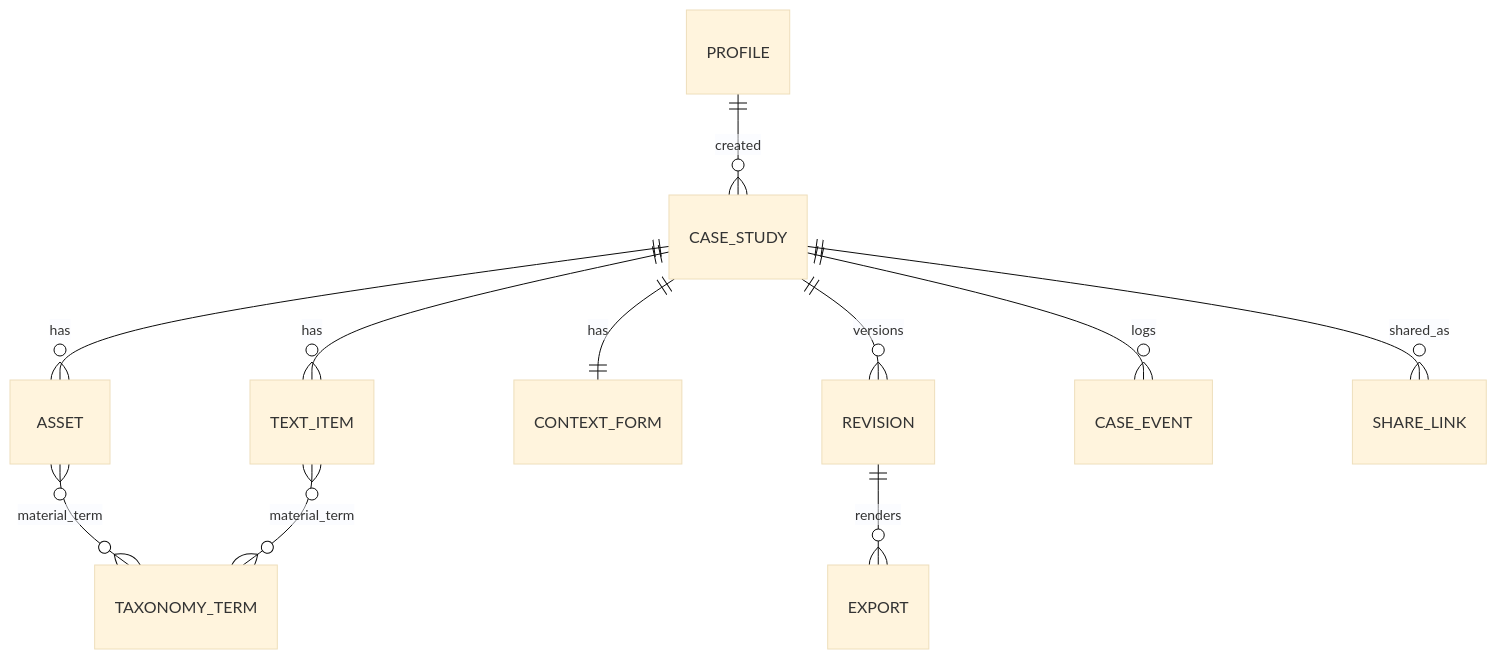
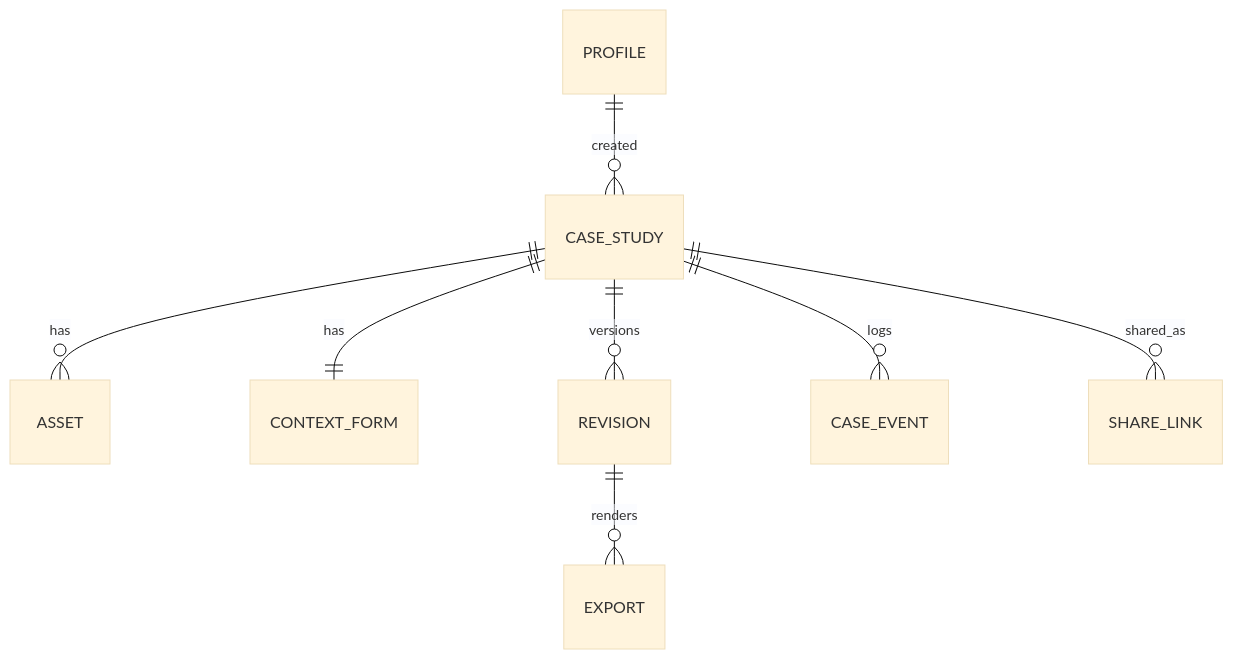
Before and after one commit to mac-sonja/mac-recap: the fourth of 5 diagrams in _bmad-output/planning-artifacts/architecture/architecture-MAC Recap-2026-10-08/ARCHITECTURE-SPINE.md, drawn with Mermaid (base theme). The commit also changed other lines of this file and 12 other files, not shown here.

First line of the commit message:
docs(scp): favourites instead of tags, files-only material, no undo

````diff
--- a/_bmad-output/planning-artifacts/architecture/architecture-MAC Recap-2026-10-08/ARCHITECTURE-SPINE.md
+++ b/_bmad-output/planning-artifacts/architecture/architecture-MAC Recap-2026-10-08/ARCHITECTURE-SPINE.md
@@ -363,13 +367,11 @@
 ```mermaid
 erDiagram
   PROFILE ||--o{ CASE_STUDY : created
   CASE_STUDY ||--o{ ASSET : has
-  CASE_STUDY ||--o{ TEXT_ITEM : has
+  %% ASSET carries is_favourite (boolean, default false; images and videos only, AD-14)
   CASE_STUDY ||--|| CONTEXT_FORM : has
-  ASSET }o--o{ TAXONOMY_TERM : material_term
-  TEXT_ITEM }o--o{ TAXONOMY_TERM : material_term
   CASE_STUDY ||--o{ REVISION : versions
   CASE_STUDY ||--o{ CASE_EVENT : logs
   CASE_STUDY ||--o{ SHARE_LINK : shared_as
   REVISION ||--o{ EXPORT : renders
 ```
````
